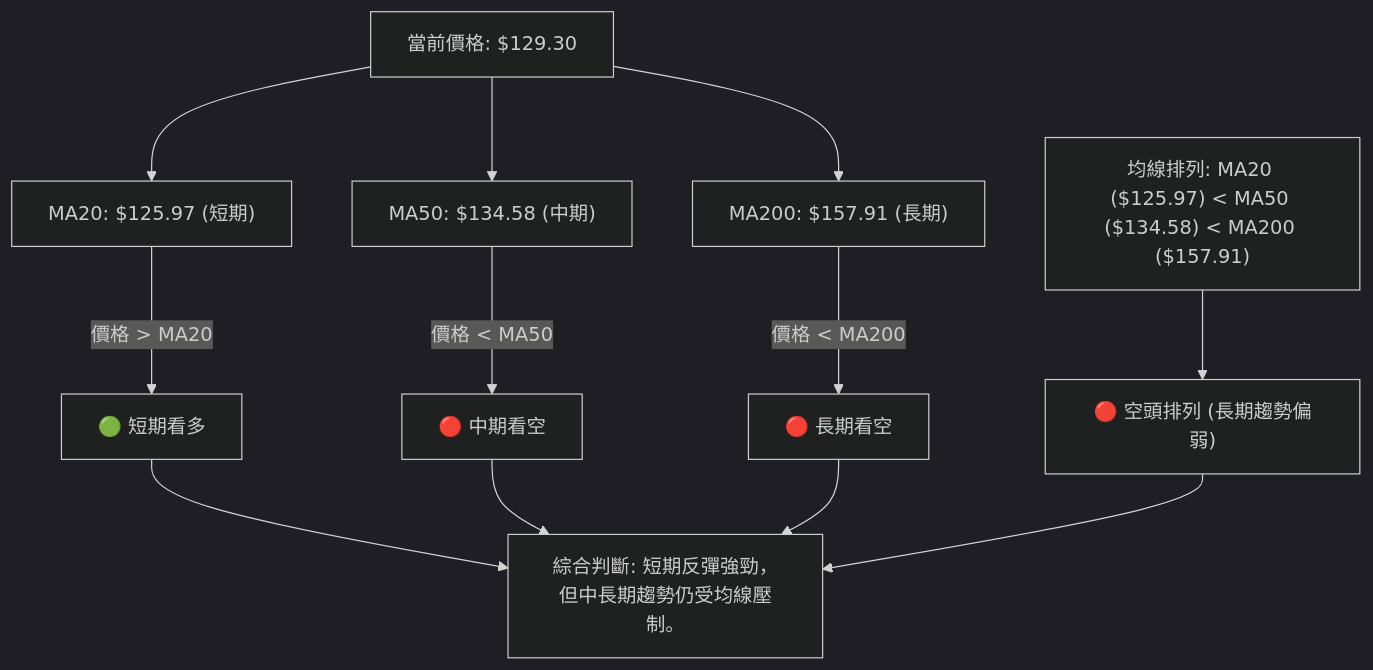
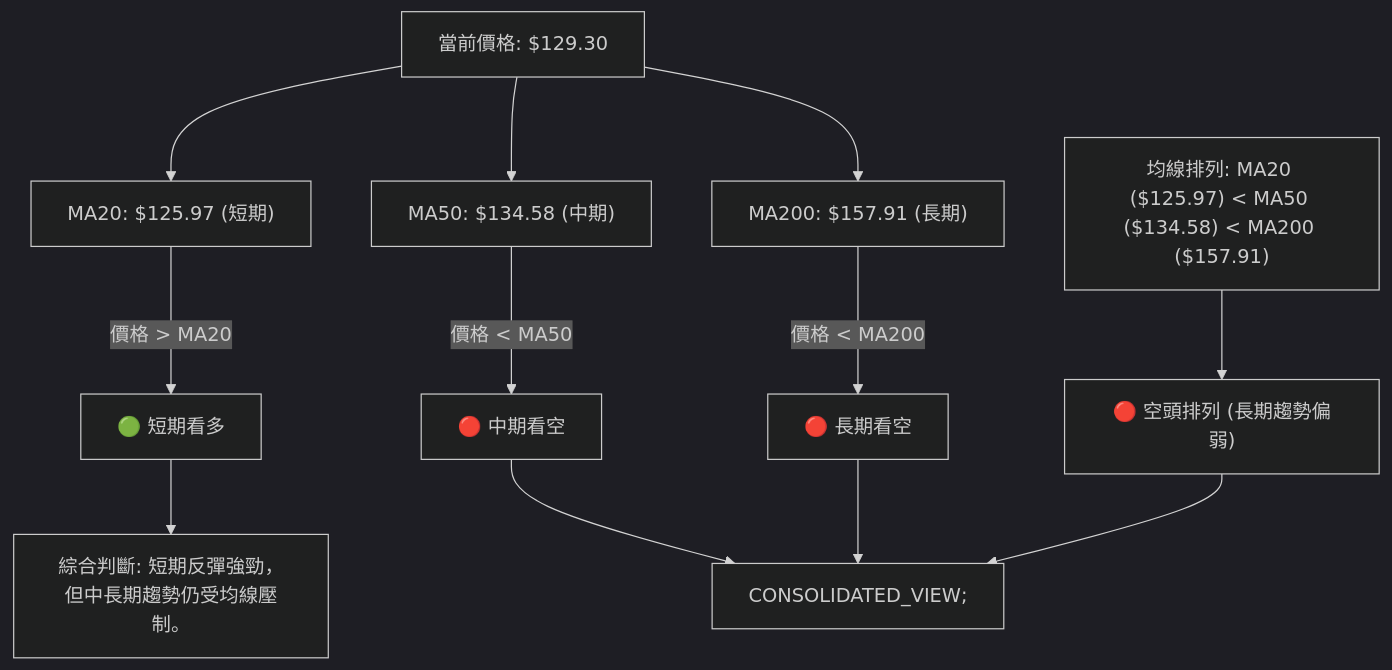
One commit to yennanliu/finance_data changed the sixth of 10 diagrams in ai_gen_report/stock/pltr/technical_analysis_2026-07-05_gemini.md. Above: the diagram before and after it, drawn with Mermaid (dark theme). The commit also changed other lines of this file and 2258 other files, not shown here.

First line of the commit message:
chore: backfill Mermaid syntax repair across existing reports

````diff
--- a/ai_gen_report/stock/pltr/technical_analysis_2026-07-05_gemini.md
+++ b/ai_gen_report/stock/pltr/technical_analysis_2026-07-05_gemini.md
@@ -506,18 +506,18 @@
 ```mermaid
 graph TD
     A["當前價格: $129.30"] --> P1["MA20: $125.97 (短期)"];
     A --> P2["MA50: $134.58 (中期)"];
     A --> P3["MA200: $157.91 (長期)"];
 
     P1 -- 價格 > MA20 --> S1["🟢 短期看多"];
     P2 -- 價格 < MA50 --> S2["🔴 中期看空"];
     P3 -- 價格 < MA200 --> S3["🔴 長期看空"];
 
     MA_ALIGN["均線排列: MA20 ($125.97) < MA50 ($134.58) < MA200 ($157.91)"];
     MA_ALIGN --> BEAR_ALIGN["🔴 空頭排列 (長期趨勢偏弱)"];
 
     S1 --> CONSOLIDATED_VIEW["綜合判斷: 短期反彈強勁，但中長期趨勢仍受均線壓制。"];
-    S2 --> CONSOLIDATED_VIEW;
-    S3 --> CONSOLIDATED_VIEW;
-    BEAR_ALIGN --> CONSOLIDATED_VIEW;
+    S2 --> nb1["CONSOLIDATED_VIEW;"]
+    S3 --> nb1["CONSOLIDATED_VIEW;"]
+    BEAR_ALIGN --> nb1["CONSOLIDATED_VIEW;"]
 ```
````
